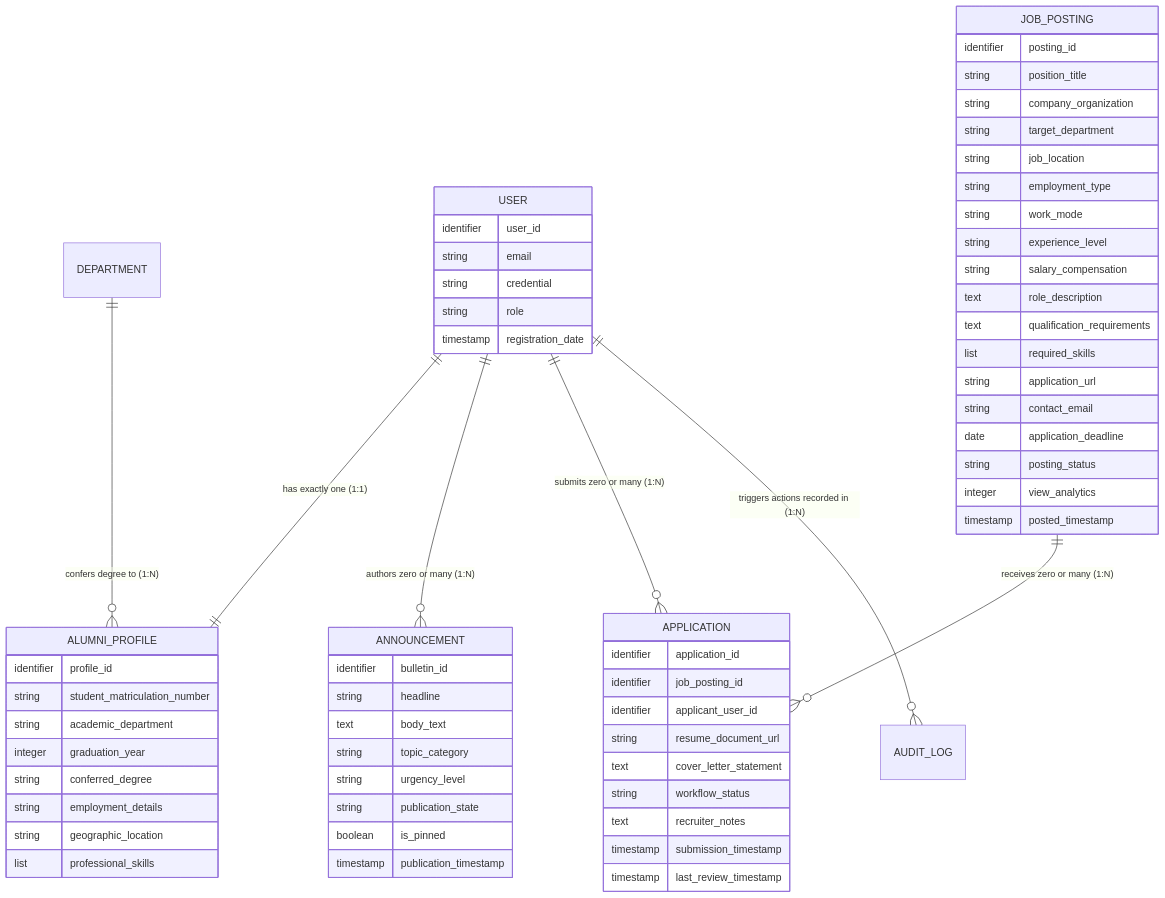
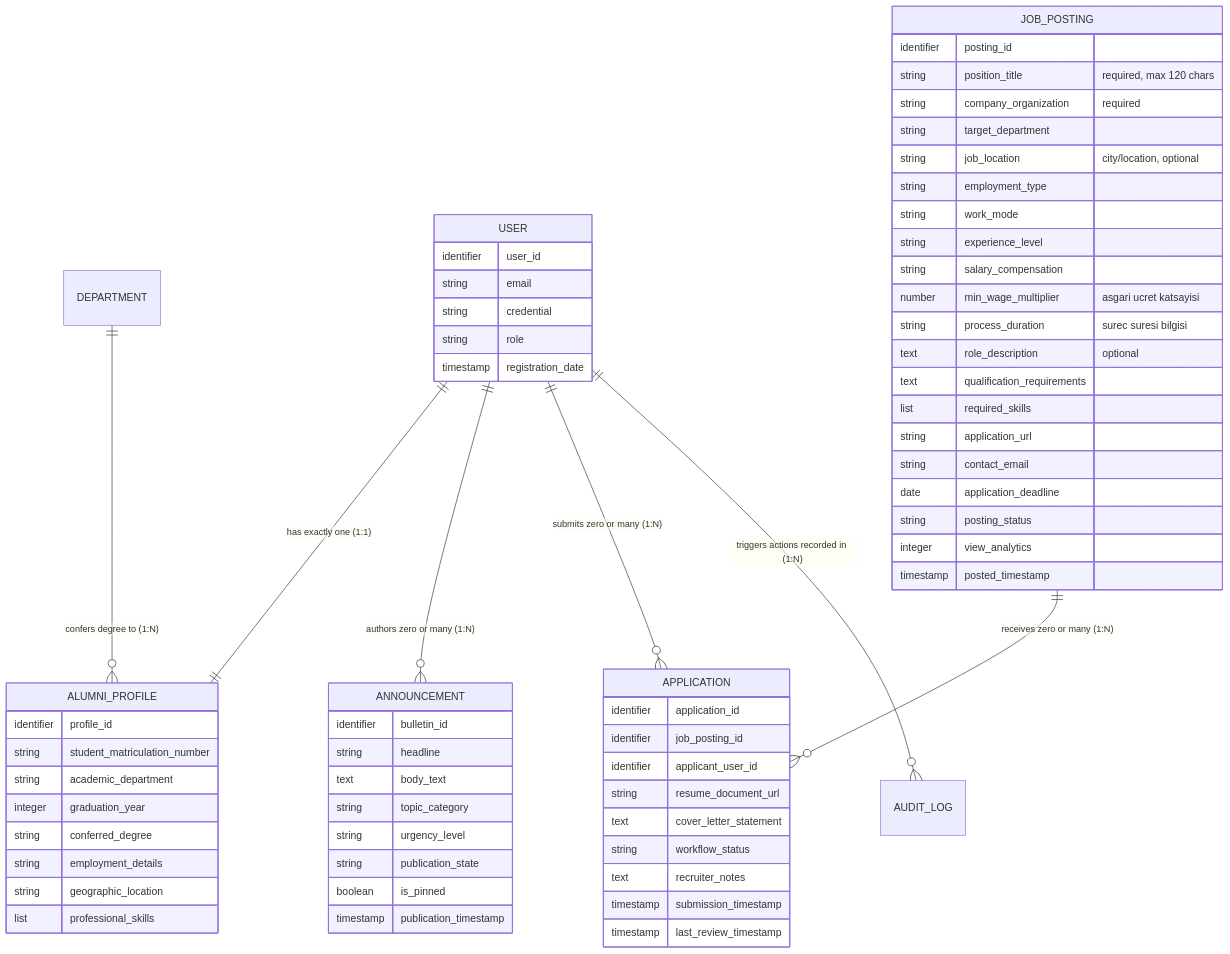
The second of 8 diagrams in DDD.md (mehmetrasid0/Alumni), drawn with Mermaid before and after one commit. The commit also changed other lines of this file and 7 other files, not shown here.

First line of the commit message:
feat(jobs): update job postings rules with title length, optional fields and wage multiplier

````diff
--- a/DDD.md
+++ b/DDD.md
@@ -99,72 +99,74 @@
 ```mermaid
 erDiagram
     USER ||--|| ALUMNI_PROFILE : "has exactly one (1:1)"
     USER ||--o{ ANNOUNCEMENT : "authors zero or many (1:N)"
     USER ||--o{ APPLICATION : "submits zero or many (1:N)"
     JOB_POSTING ||--o{ APPLICATION : "receives zero or many (1:N)"
     USER ||--o{ AUDIT_LOG : "triggers actions recorded in (1:N)"
     DEPARTMENT ||--o{ ALUMNI_PROFILE : "confers degree to (1:N)"
 
     USER {
         identifier user_id
         string email
         string credential
         string role
         timestamp registration_date
     }
 
     ALUMNI_PROFILE {
         identifier profile_id
         string student_matriculation_number
         string academic_department
         integer graduation_year
         string conferred_degree
         string employment_details
         string geographic_location
         list professional_skills
     }
 
     ANNOUNCEMENT {
         identifier bulletin_id
         string headline
         text body_text
         string topic_category
         string urgency_level
         string publication_state
         boolean is_pinned
         timestamp publication_timestamp
     }
 
     JOB_POSTING {
         identifier posting_id
-        string position_title
-        string company_organization
+        string position_title "required, max 120 chars"
+        string company_organization "required"
         string target_department
-        string job_location
+        string job_location "city/location, optional"
         string employment_type
         string work_mode
         string experience_level
         string salary_compensation
-        text role_description
+        number min_wage_multiplier "asgari ucret katsayisi"
+        string process_duration "surec suresi bilgisi"
+        text role_description "optional"
         text qualification_requirements
         list required_skills
         string application_url
         string contact_email
         date application_deadline
         string posting_status
         integer view_analytics
         timestamp posted_timestamp
     }
 
     APPLICATION {
         identifier application_id
         identifier job_posting_id
         identifier applicant_user_id
         string resume_document_url
         text cover_letter_statement
         string workflow_status
         text recruiter_notes
         timestamp submission_timestamp
         timestamp last_review_timestamp
     }
 ```
````
